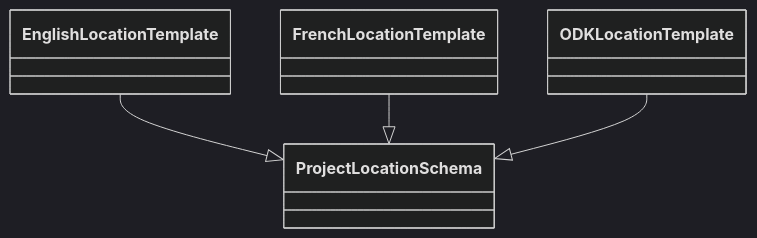
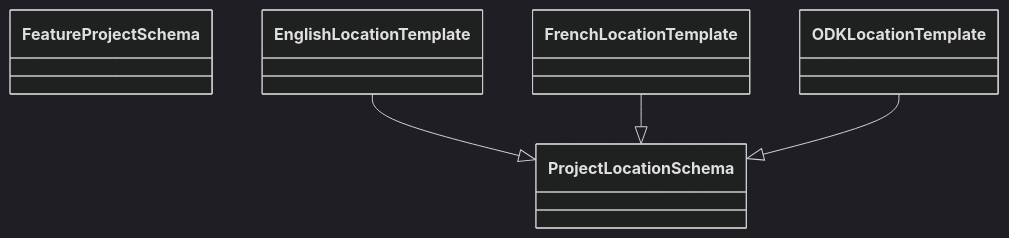
The diagram in docs/dev/index.md (openkfw/open-geodata-model), drawn with Mermaid (dark theme) before and after one commit. The commit also changed other lines of this file and 2 other files, not shown here.

````diff
--- a/docs/dev/index.md
+++ b/docs/dev/index.md
@@ -37,14 +37,14 @@
 ```mermaid
 
 classDiagram
-    class ProjectLocationSchema
+    class FeatureProjectSchema
 
     class EnglishLocationTemplate
     class FrenchLocationTemplate
     class ODKLocationTemplate
 
 
     EnglishLocationTemplate --|> ProjectLocationSchema
     FrenchLocationTemplate --|> ProjectLocationSchema
     ODKLocationTemplate --|> ProjectLocationSchema
 ```
````
